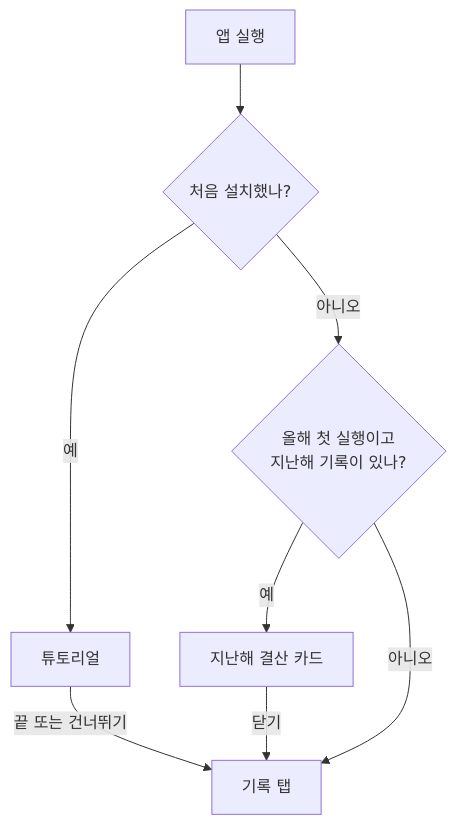
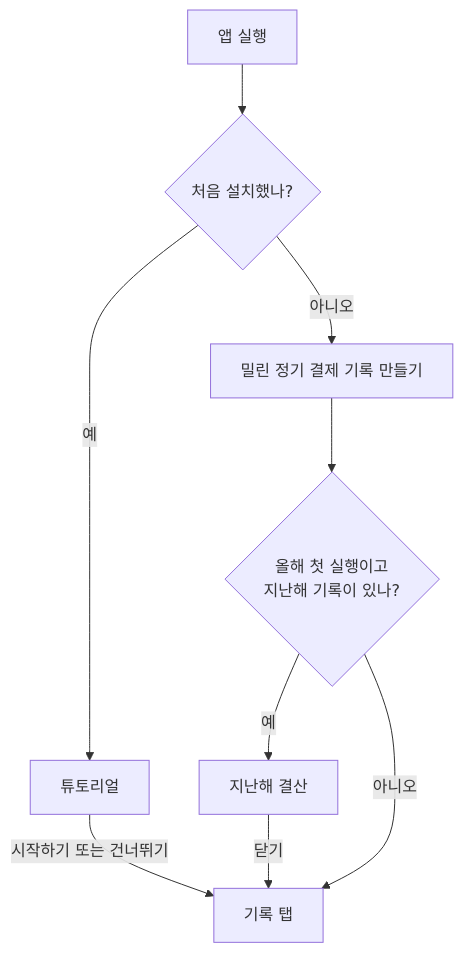
One commit to sansoll/my-favorites changed the first of 2 diagrams in STORYBOARD.md. Above: the diagram before and after it, drawn with Mermaid. The commit also changed other lines of this file, not shown here.

````diff
--- a/STORYBOARD.md
+++ b/STORYBOARD.md
@@ -27,10 +28,11 @@
 ```mermaid
 flowchart TD
     A[앱 실행] --> B{처음 설치했나?}
     B -- 예 --> T[튜토리얼]
-    T -- 끝 또는 건너뛰기 --> R[기록 탭]
-    B -- 아니오 --> C{올해 첫 실행이고<br/>지난해 기록이 있나?}
-    C -- 예 --> Y[지난해 결산 카드]
+    T -- 시작하기 또는 건너뛰기 --> R[기록 탭]
+    B -- 아니오 --> G[밀린 정기 결제 기록 만들기]
+    G --> C{올해 첫 실행이고<br/>지난해 기록이 있나?}
+    C -- 예 --> Y[지난해 결산]
     Y -- 닫기 --> R
     C -- 아니오 --> R
 ```
````
